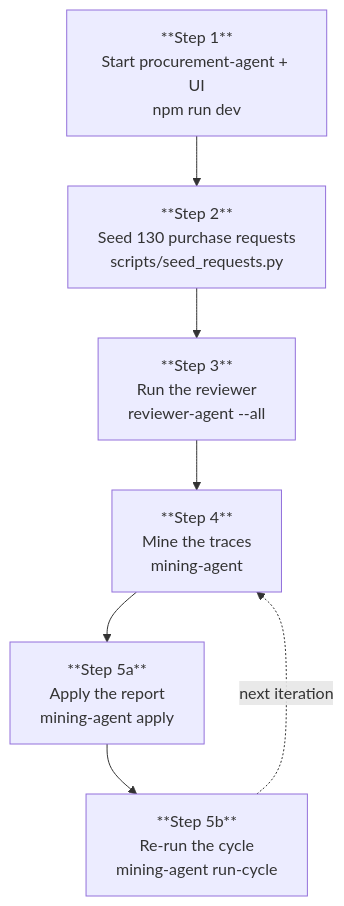
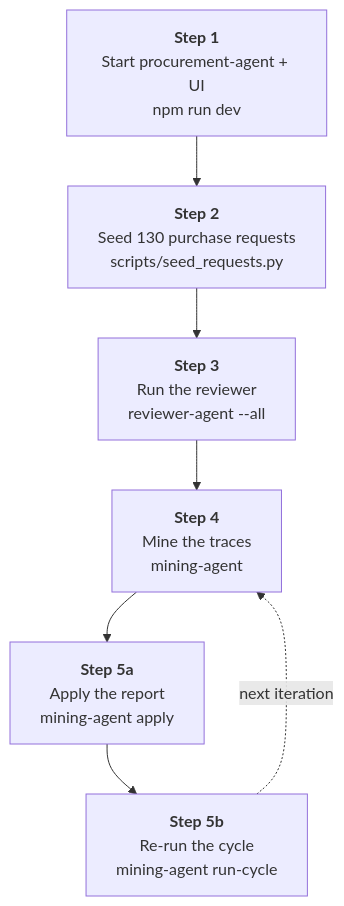
One commit to Arize-ai/context-graphs changed the third of 4 diagrams in README.md. Above: the diagram before and after it, drawn with Mermaid. The commit also changed 4 other files, not shown here.

First line of the commit message:
README mermaid label fix; drop docs/ from the repo

````diff
--- a/README.md
+++ b/README.md
@@ -96,12 +96,12 @@
 ```mermaid
 flowchart TB
-    S0["**Step 1**<br/>Start procurement-agent + UI<br/>npm run dev"]
-    S1["**Step 2**<br/>Seed 130 purchase requests<br/>scripts/seed_requests.py"]
-    S2["**Step 3**<br/>Run the reviewer<br/>reviewer-agent --all"]
-    S3["**Step 4**<br/>Mine the traces<br/>mining-agent"]
-    S4["**Step 5a**<br/>Apply the report<br/>mining-agent apply"]
-    S5["**Step 5b**<br/>Re-run the cycle<br/>mining-agent run-cycle"]
+    S0["<b>Step 1</b><br/>Start procurement-agent + UI<br/>npm run dev"]
+    S1["<b>Step 2</b><br/>Seed 130 purchase requests<br/>scripts/seed_requests.py"]
+    S2["<b>Step 3</b><br/>Run the reviewer<br/>reviewer-agent --all"]
+    S3["<b>Step 4</b><br/>Mine the traces<br/>mining-agent"]
+    S4["<b>Step 5a</b><br/>Apply the report<br/>mining-agent apply"]
+    S5["<b>Step 5b</b><br/>Re-run the cycle<br/>mining-agent run-cycle"]
 
     S0 --> S1 --> S2 --> S3 --> S4 --> S5
     S5 -.->|next iteration| S3
 ```
````
